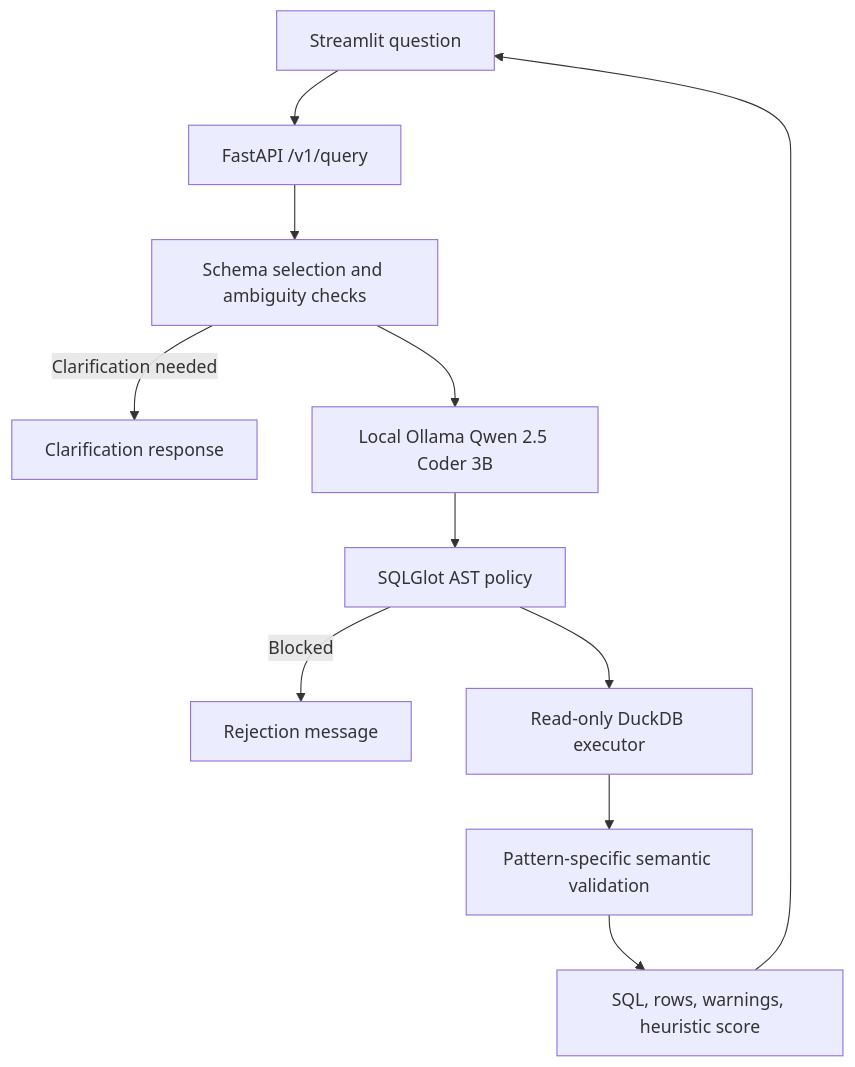
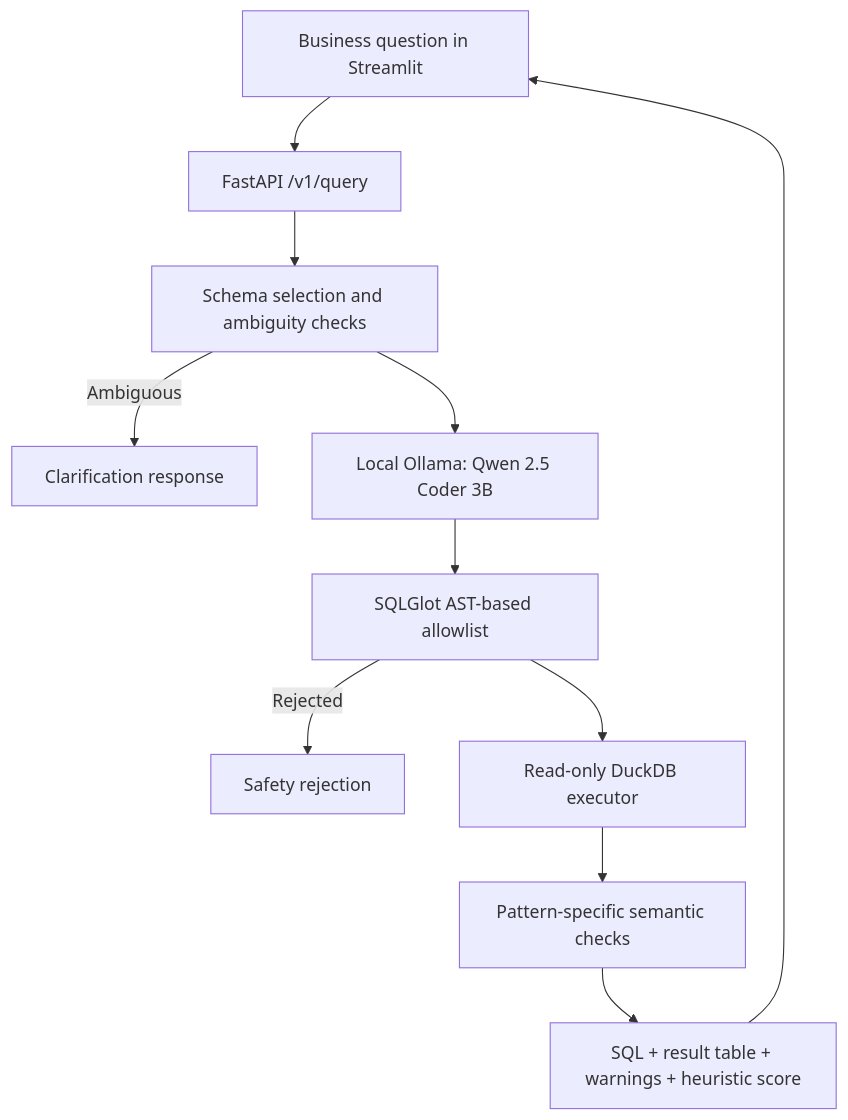
The diagram in README.md (mohanrameshwara-murugaraj/text-to-sql-guardrails), drawn with Mermaid before and after one commit. The commit also changed other lines of this file and 5 other files, not shown here.

Commit message:
Add model evaluation graphs and performance documentation

````diff
--- a/README.md
+++ b/README.md
@@ -21,13 +24,13 @@
 ```mermaid
 flowchart TD
-    A[Streamlit question] --> B[FastAPI /v1/query]
+    A[Business question in Streamlit] --> B[FastAPI /v1/query]
     B --> C[Schema selection and ambiguity checks]
-    C -->|Clarification needed| D[Clarification response]
-    C --> E[Local Ollama Qwen 2.5 Coder 3B]
-    E --> F[SQLGlot AST policy]
-    F -->|Blocked| G[Rejection message]
+    C -->|Ambiguous| D[Clarification response]
+    C --> E[Local Ollama: Qwen 2.5 Coder 3B]
+    E --> F[SQLGlot AST-based allowlist]
+    F -->|Rejected| G[Safety rejection]
     F --> H[Read-only DuckDB executor]
-    H --> I[Pattern-specific semantic validation]
-    I --> J[SQL, rows, warnings, heuristic score]
+    H --> I[Pattern-specific semantic checks]
+    I --> J[SQL + result table + warnings + heuristic score]
     J --> A
 ```
````
